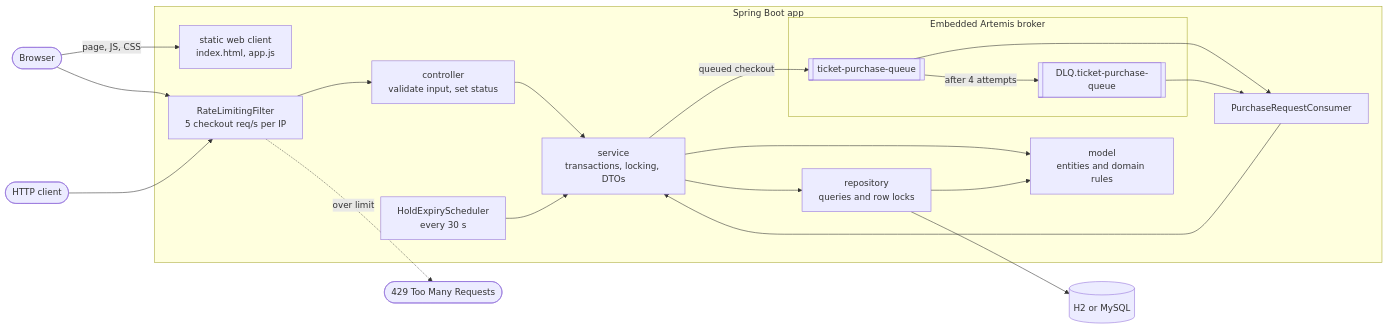
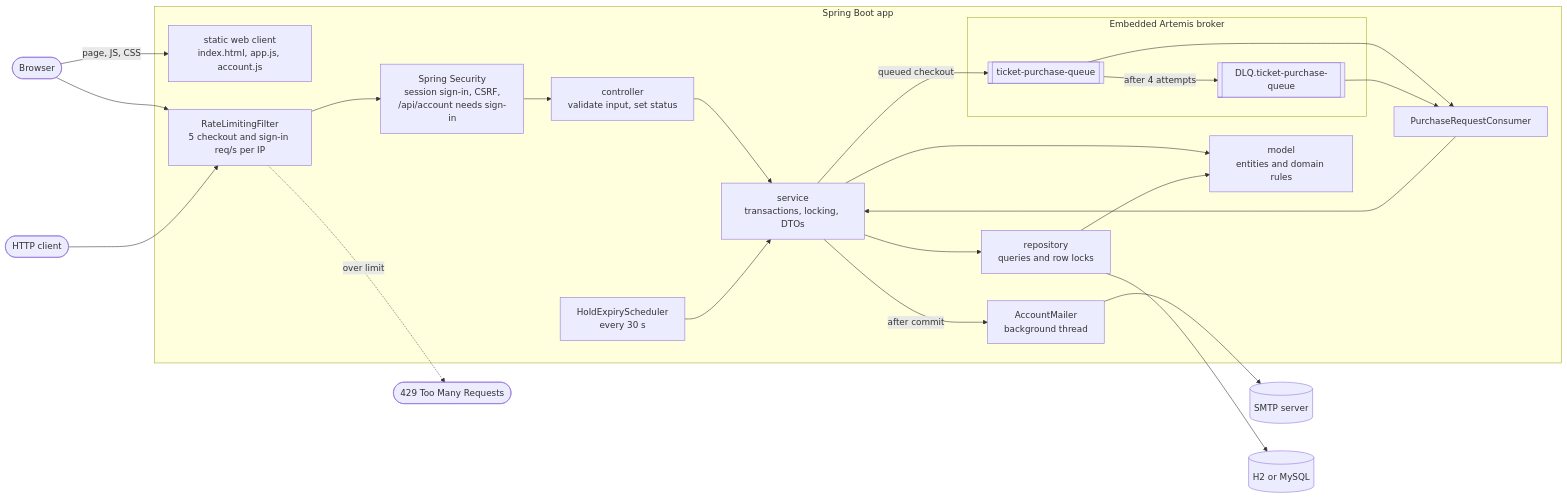
The first of 6 diagrams in docs/ARCHITECTURE.md (mohanarevarapu-commits/SeatLock), drawn with Mermaid before and after one commit. The commit also changed other lines of this file and 56 other files, not shown here.

````diff
--- a/docs/ARCHITECTURE.md
+++ b/docs/ARCHITECTURE.md
@@ -8,26 +8,29 @@
 ```mermaid
 flowchart LR
     browser([Browser]) -- page, JS, CSS --> web
     browser --> limiter
     client([HTTP client]) --> limiter
     subgraph app [Spring Boot app]
-        web[static web client<br/>index.html, app.js]
-        limiter[RateLimitingFilter<br/>5 checkout req/s per IP] --> controller
+        web[static web client<br/>index.html, app.js, account.js]
+        limiter[RateLimitingFilter<br/>5 checkout and sign-in req/s per IP] --> security
+        security[Spring Security<br/>session sign-in, CSRF,<br/>/api/account needs sign-in] --> controller
         controller[controller<br/>validate input, set status] --> service[service<br/>transactions, locking, DTOs]
         service --> repository[repository<br/>queries and row locks]
         service --> model[model<br/>entities and domain rules]
         repository --> model
         scheduler[HoldExpiryScheduler<br/>every 30 s] --> service
         subgraph broker [Embedded Artemis broker]
             queue[[ticket-purchase-queue]]
             dlq[[DLQ.ticket-purchase-queue]]
         end
         service -- queued checkout --> queue
         queue --> consumer[PurchaseRequestConsumer]
         queue -- after 4 attempts --> dlq
         dlq --> consumer
         consumer --> service
+        service -- after commit --> mailer[AccountMailer<br/>background thread]
     end
     limiter -. over limit .-> r429([429 Too Many Requests])
+    mailer --> smtp[(SMTP server)]
     repository --> db[(H2 or MySQL)]
 ```
````
